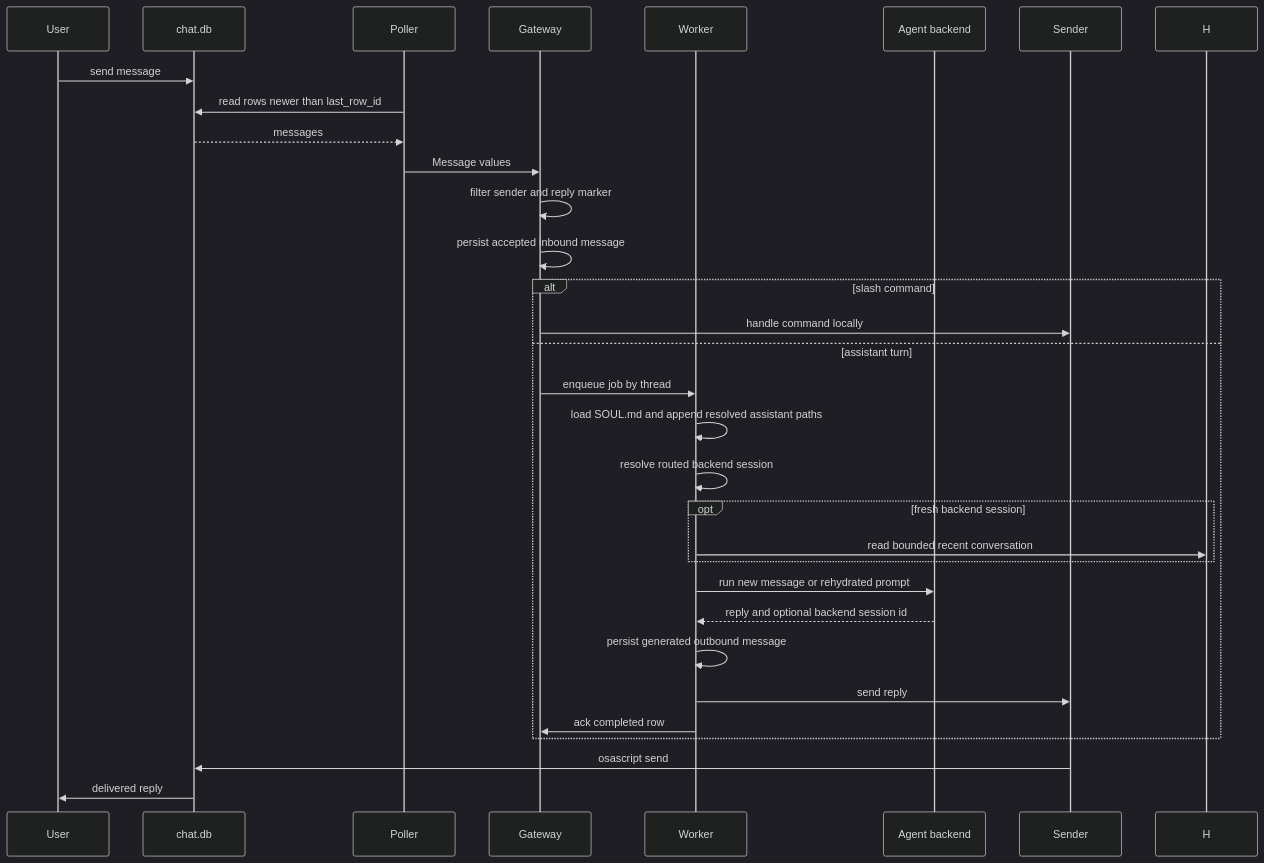
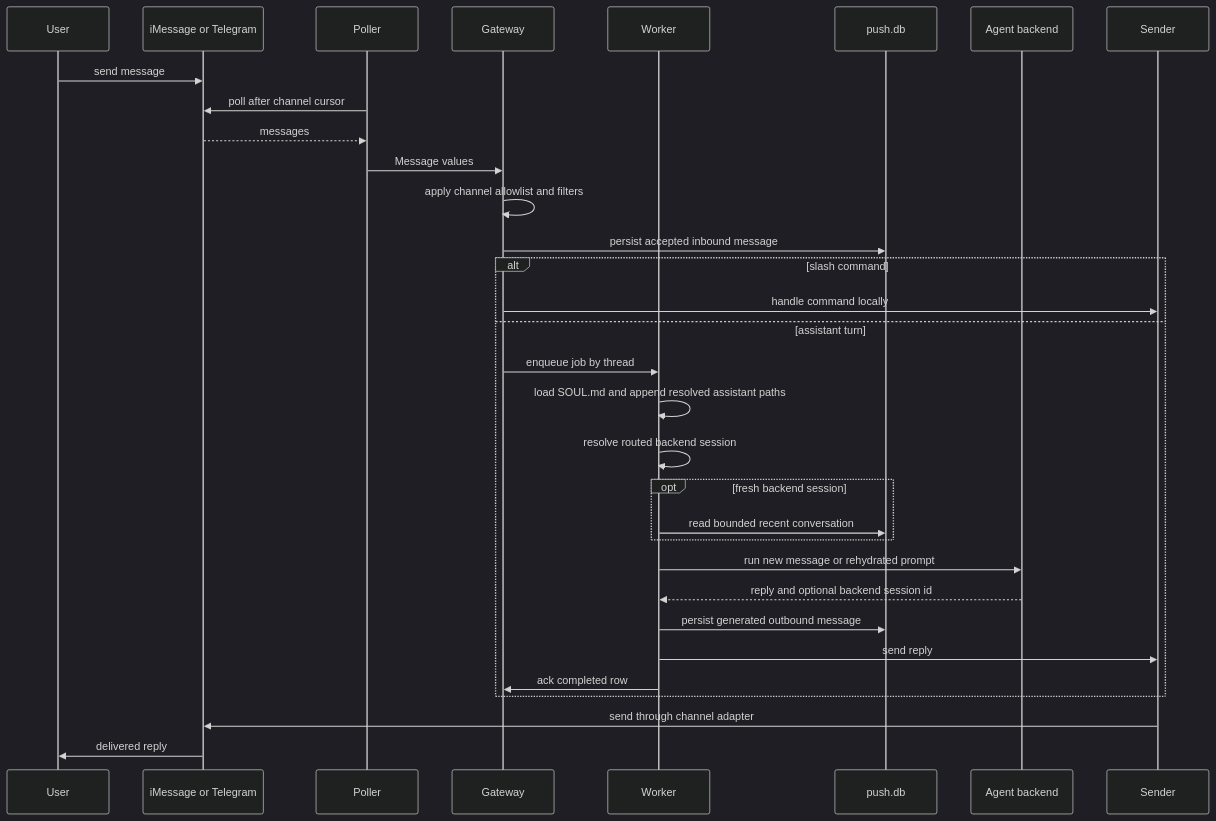
The second of 2 diagrams in docs/architecture.md (owainlewis/push), drawn with Mermaid (dark theme) before and after one commit. The commit also changed other lines of this file and 14 other files, not shown here.

````diff
--- a/docs/architecture.md
+++ b/docs/architecture.md
@@ -92,34 +93,35 @@
 ```mermaid
 sequenceDiagram
     participant U as User
-    participant DB as chat.db
+    participant C as iMessage or Telegram
     participant P as Poller
     participant G as Gateway
     participant W as Worker
+    participant H as push.db
     participant A as Agent backend
     participant S as Sender
 
-    U->>DB: send message
-    P->>DB: read rows newer than last_row_id
-    DB-->>P: messages
+    U->>C: send message
+    P->>C: poll after channel cursor
+    C-->>P: messages
     P->>G: Message values
-    G->>G: filter sender and reply marker
-    G->>G: persist accepted inbound message
+    G->>G: apply channel allowlist and filters
+    G->>H: persist accepted inbound message
     alt slash command
         G->>S: handle command locally
     else assistant turn
         G->>W: enqueue job by thread
         W->>W: load SOUL.md and append resolved assistant paths
         W->>W: resolve routed backend session
         opt fresh backend session
             W->>H: read bounded recent conversation
         end
         W->>A: run new message or rehydrated prompt
         A-->>W: reply and optional backend session id
-        W->>W: persist generated outbound message
+        W->>H: persist generated outbound message
         W->>S: send reply
         W->>G: ack completed row
     end
-    S->>DB: osascript send
-    DB->>U: delivered reply
+    S->>C: send through channel adapter
+    C->>U: delivered reply
 ```
````
